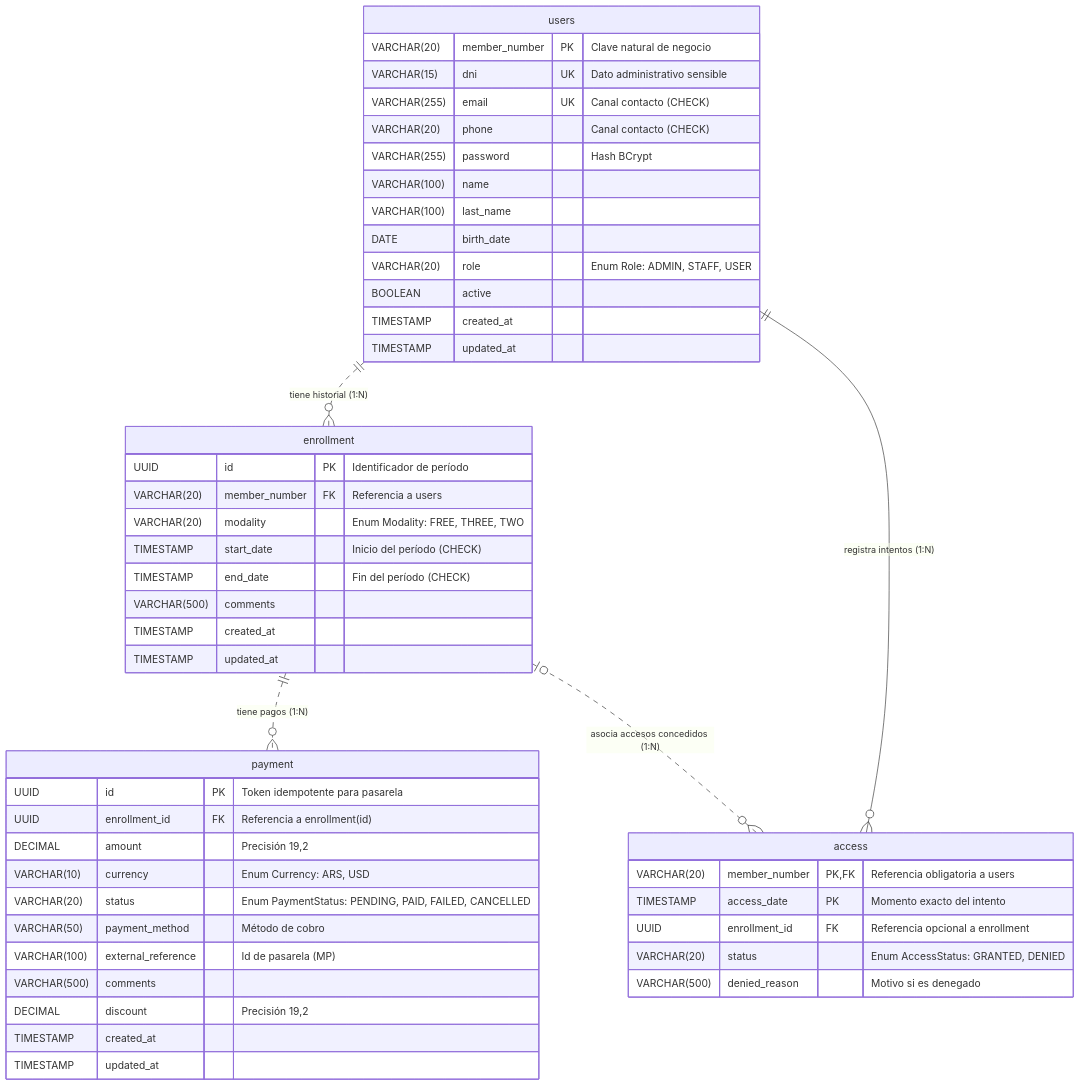
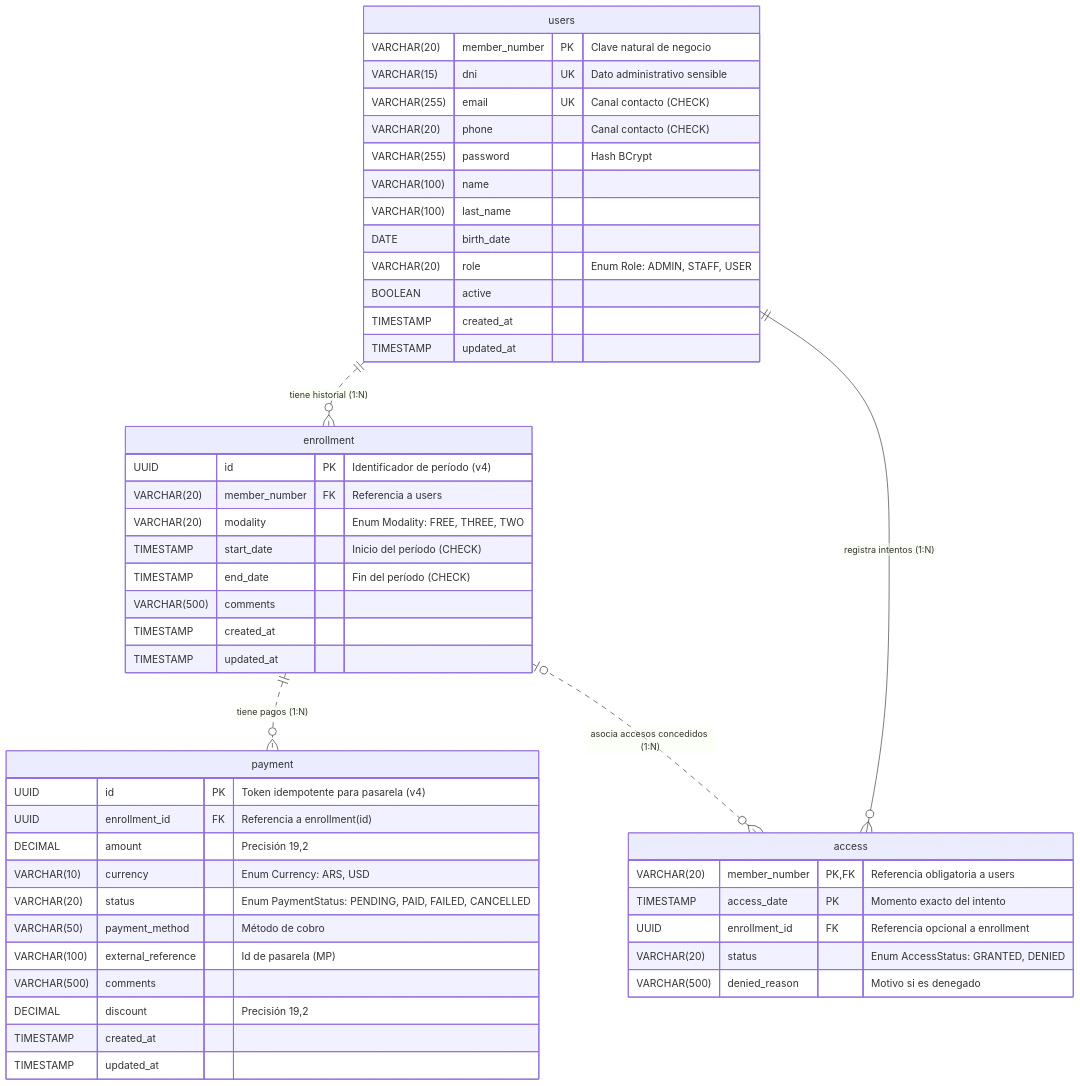
One commit to santiagovOK/TFI_grupo144 changed the diagram in docs/entidades.md. Above: the diagram before and after it, drawn with Mermaid. The commit also changed other lines of this file and 1 other file, not shown here.

Commit message:
refactor(schema): eliminar pgcrypto y documentar el uso de UUID v4

````diff
--- a/docs/entidades.md
+++ b/docs/entidades.md
@@ -7,51 +7,51 @@
 ```mermaid
 erDiagram
     users {
         VARCHAR(20) member_number PK "Clave natural de negocio"
         VARCHAR(15) dni UK "Dato administrativo sensible"
         VARCHAR(255) email UK "Canal contacto (CHECK)"
         VARCHAR(20) phone "Canal contacto (CHECK)"
         VARCHAR(255) password "Hash BCrypt"
         VARCHAR(100) name
         VARCHAR(100) last_name
         DATE birth_date
         VARCHAR(20) role "Enum Role: ADMIN, STAFF, USER"
         BOOLEAN active
         TIMESTAMP created_at
         TIMESTAMP updated_at
     }
     enrollment {
-        UUID id PK "Identificador de período"
+        UUID id PK "Identificador de período (v4)"
         VARCHAR(20) member_number FK "Referencia a users"
         VARCHAR(20) modality "Enum Modality: FREE, THREE, TWO"
         TIMESTAMP start_date "Inicio del período (CHECK)"
         TIMESTAMP end_date "Fin del período (CHECK)"
         VARCHAR(500) comments
         TIMESTAMP created_at
         TIMESTAMP updated_at
     }
     payment {
-        UUID id PK "Token idempotente para pasarela"
+        UUID id PK "Token idempotente para pasarela (v4)"
         UUID enrollment_id FK "Referencia a enrollment(id)"
         DECIMAL amount "Precisión 19,2"
         VARCHAR(10) currency "Enum Currency: ARS, USD"
         VARCHAR(20) status "Enum PaymentStatus: PENDING, PAID, FAILED, CANCELLED"
         VARCHAR(50) payment_method "Método de cobro"
         VARCHAR(100) external_reference "Id de pasarela (MP)"
         VARCHAR(500) comments
         DECIMAL discount "Precisión 19,2"
         TIMESTAMP created_at
         TIMESTAMP updated_at
     }
     access {
         VARCHAR(20) member_number PK,FK "Referencia obligatoria a users"
         TIMESTAMP access_date PK "Momento exacto del intento"
         UUID enrollment_id FK "Referencia opcional a enrollment"
         VARCHAR(20) status "Enum AccessStatus: GRANTED, DENIED"
         VARCHAR(500) denied_reason "Motivo si es denegado"
     }
     users ||..o{ enrollment : "tiene historial (1:N)"
     users ||--o{ access : "registra intentos (1:N)"
     enrollment ||..o{ payment : "tiene pagos (1:N)"
     enrollment |o..o{ access : "asocia accesos concedidos (1:N)"
 ```
````
